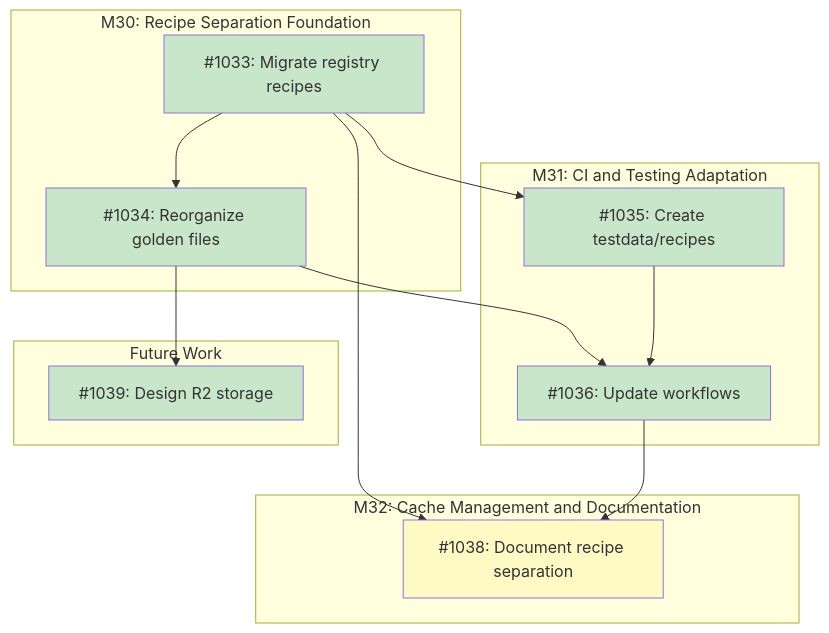
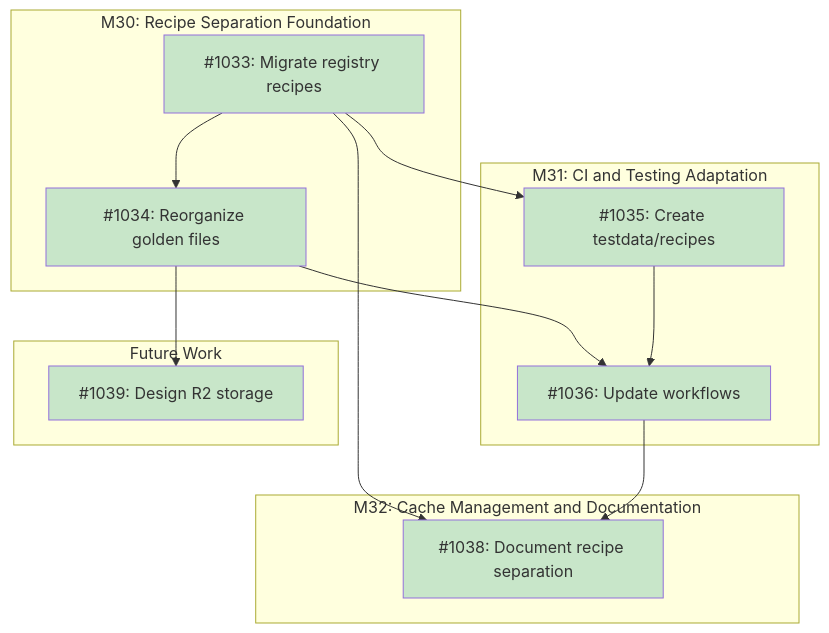
Before and after one commit to tsukumogami/tsuku: the diagram in docs/designs/DESIGN-recipe-registry-separation.md, drawn with Mermaid. The commit also changed other lines of this file and 1 other file, not shown here.

Commit message:
docs(contributing): document recipe separation for contributors (#1192)
Adds documentation to CONTRIBUTING.md explaining the three-directory
recipe structure and how to choose where new recipes belong.

Contributors previously lacked guidance on the distinction between
embedded recipes (required by tsuku actions), registry recipes
(user-installable tools), and testdata recipes (CI feature coverage).
This update provides:

- Clear table explaining each directory's purpose
- Decision flowchart for recipe placement
- Troubleshooting guidance for common recipe issues
- Documentation of the nightly registry validation workflow
- Security incident response procedures for repository compromise

````diff
--- a/docs/designs/DESIGN-recipe-registry-separation.md
+++ b/docs/designs/DESIGN-recipe-registry-separation.md
@@ -46,40 +46,40 @@
 ```mermaid
 graph TD
     subgraph M30["M30: Recipe Separation Foundation"]
         I1033["#1033: Migrate registry recipes"]
         I1034["#1034: Reorganize golden files"]
     end
 
     subgraph M31["M31: CI and Testing Adaptation"]
         I1035["#1035: Create testdata/recipes"]
         I1036["#1036: Update workflows"]
     end
 
     subgraph M32["M32: Cache Management and Documentation"]
         I1038["#1038: Document recipe separation"]
     end
 
     subgraph Future["Future Work"]
         I1039["#1039: Design R2 storage"]
     end
 
     I1033 --> I1034
     I1033 --> I1035
     I1033 --> I1038
     I1034 --> I1036
     I1035 --> I1036
     I1034 --> I1039
     I1036 --> I1038
 
     classDef done fill:#c8e6c9
     classDef ready fill:#bbdefb
     classDef blocked fill:#fff9c4
     classDef needsDesign fill:#e1bee7
 
     class I1033 done
     class I1034 done
     class I1035 done
     class I1036 done
-    class I1038 blocked
+    class I1038 done
     class I1039 done
 ```
````
